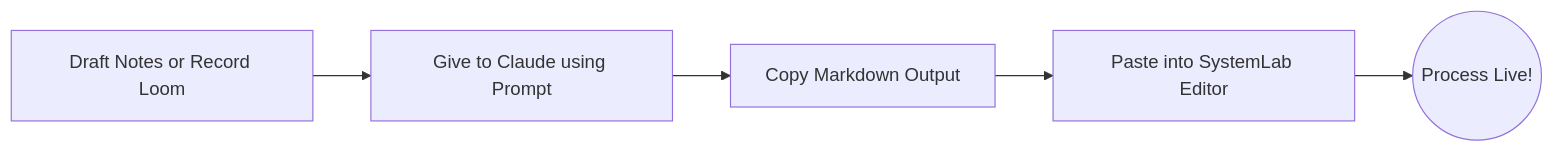
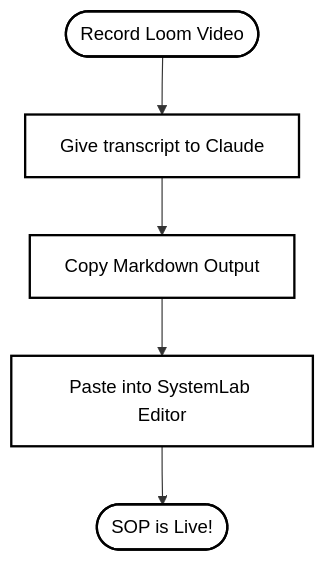
One commit to Pixelizt/systemlab changed the diagram in TEAM_PIXELIZT_GUIDE.md. Above: the diagram before and after it, drawn with Mermaid. The commit also changed other lines of this file, not shown here.

````diff
--- a/TEAM_PIXELIZT_GUIDE.md
+++ b/TEAM_PIXELIZT_GUIDE.md
@@ -68,7 +107,13 @@
 ```mermaid
-flowchart LR
-    A[Draft Notes or Record Loom] --> B[Give to Claude using Prompt]
+graph TD
+    A([Record Loom Video]) --> B[Give transcript to Claude]
     B --> C[Copy Markdown Output]
     C --> D[Paste into SystemLab Editor]
-    D --> E((Process Live!))
+    D --> E([SOP is Live!])
+    
+    style A fill:#ffffff,stroke:#000000,stroke-width:2px,color:#000000
+    style B fill:#ffffff,stroke:#000000,stroke-width:2px,color:#000000
+    style C fill:#ffffff,stroke:#000000,stroke-width:2px,color:#000000
+    style D fill:#ffffff,stroke:#000000,stroke-width:2px,color:#000000
+    style E fill:#ffffff,stroke:#000000,stroke-width:2px,color:#000000
 ```
````
